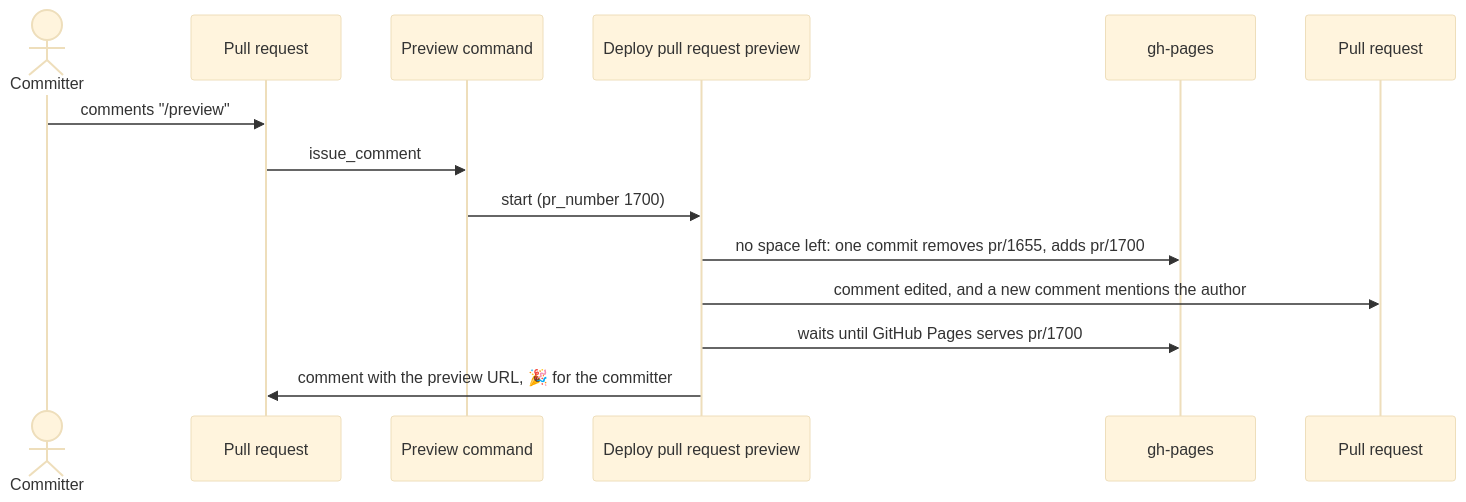
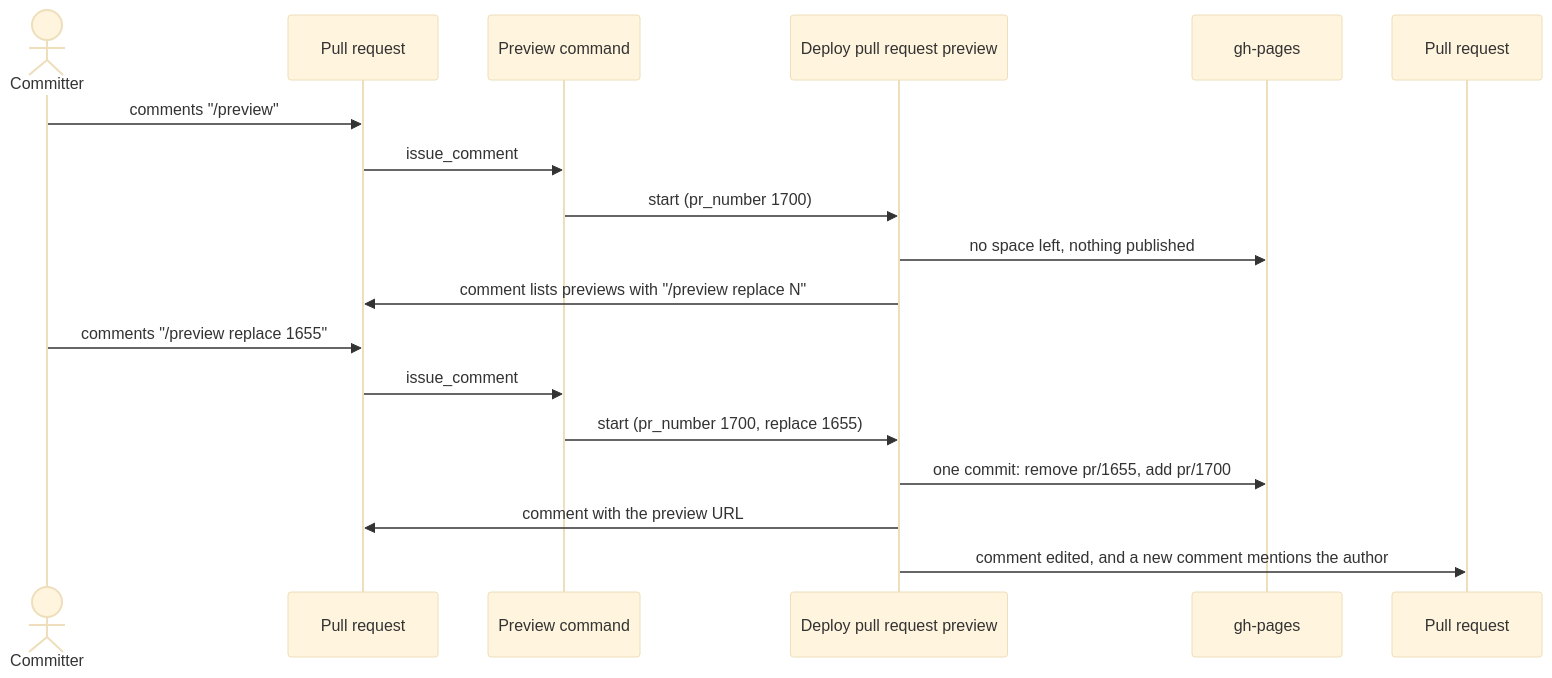
The third of 5 diagrams in .github/workflows/README.md (eclipse-tractusx/eclipse-tractusx.github.io), drawn with Mermaid (base theme) before and after one commit. The commit also changed other lines of this file and 2 other files, not shown here.

First line of the commit message:
feat(preview): answer /preview in its status comment, with the table to choose from

````diff
--- a/.github/workflows/README.md
+++ b/.github/workflows/README.md
@@ -109,16 +108,20 @@
 ```mermaid
 sequenceDiagram
     actor C as Committer
     participant PR as Pull request #1700
     participant Cmd as Preview command
     participant Dep as Deploy pull request preview
     participant GP as gh-pages
-    participant Old as Pull request #1655 (oldest preview)
+    participant Old as Pull request #1655
     C->>PR: comments "/preview"
     PR->>Cmd: issue_comment
     Cmd->>Dep: start (pr_number 1700)
-    Dep->>GP: no space left: one commit removes pr/1655, adds pr/1700
+    Dep->>GP: no space left, nothing published
+    Dep->>PR: comment lists previews with "/preview replace N"
+    C->>PR: comments "/preview replace 1655"
+    PR->>Cmd: issue_comment
+    Cmd->>Dep: start (pr_number 1700, replace 1655)
+    Dep->>GP: one commit: remove pr/1655, add pr/1700
+    Dep->>PR: comment with the preview URL
     Dep->>Old: comment edited, and a new comment mentions the author
-    Dep->>GP: waits until GitHub Pages serves pr/1700
-    Dep->>PR: comment with the preview URL, 🎉 for the committer
 ```
````
